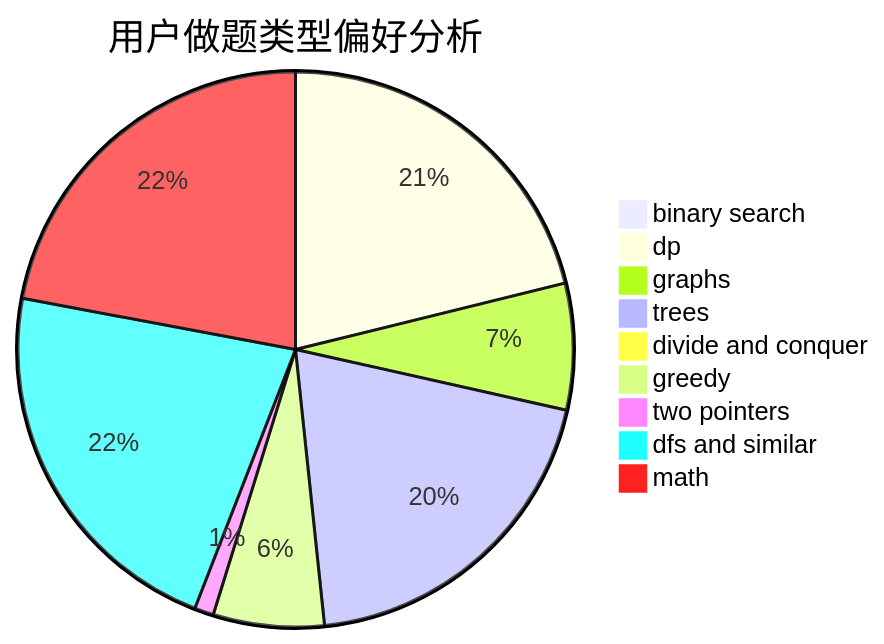
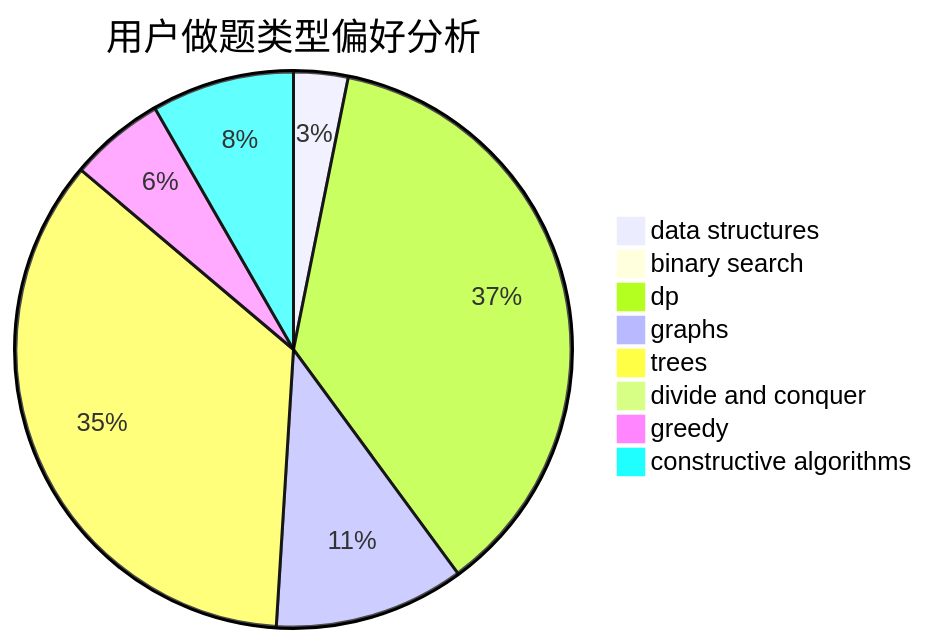
The second of 3 diagrams in docs/user/u2526.md (sherpahu/cfrs.github.io), drawn with Mermaid before and after one commit. The commit also changed other lines of this file and 2775 other files, not shown here.

````diff
--- a/docs/user/u2526.md
+++ b/docs/user/u2526.md
@@ -23,12 +23,11 @@
 ```mermaid
 pie title 用户做题类型偏好分析
+    "data structures" :  8
     "binary search" :  0
-    "dp" :  95
-    "graphs" :  33
+    "dp" :  93
+    "graphs" :  28
     "trees" :  89
     "divide and conquer" :  0
-    "greedy" :  29
-    "two pointers" :  5
-    "dfs and similar" :  99
-    "math" :  99
+    "greedy" :  14
+    "constructive algorithms" :  21
 ```
````
